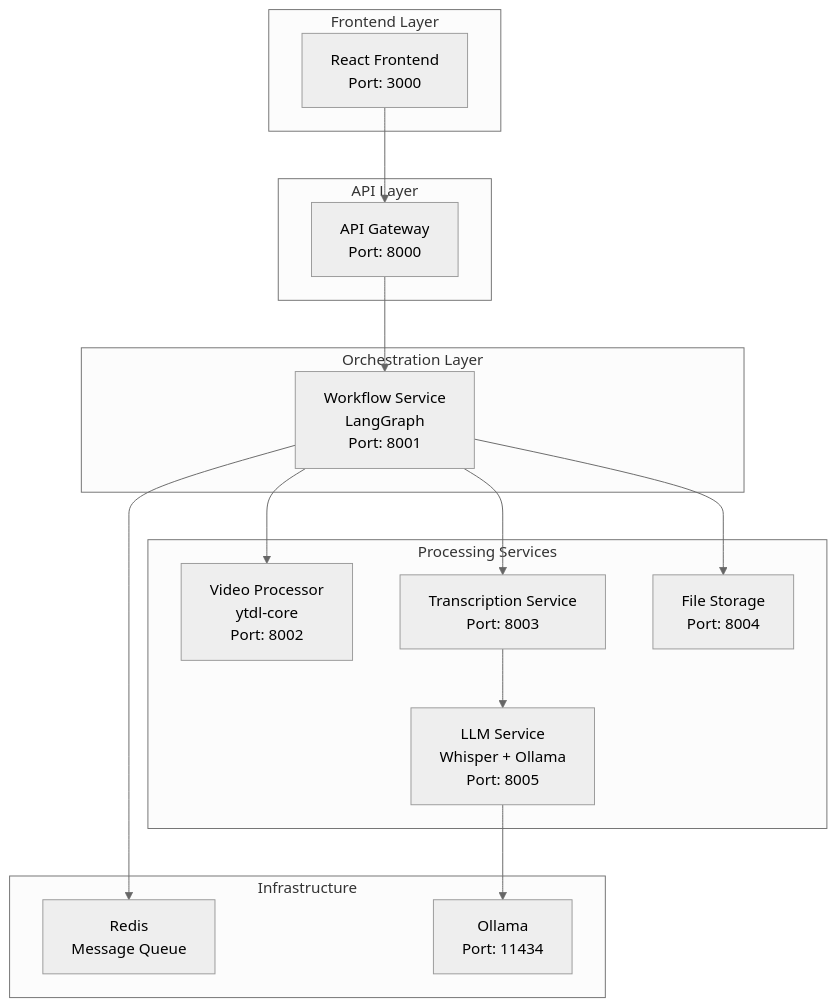
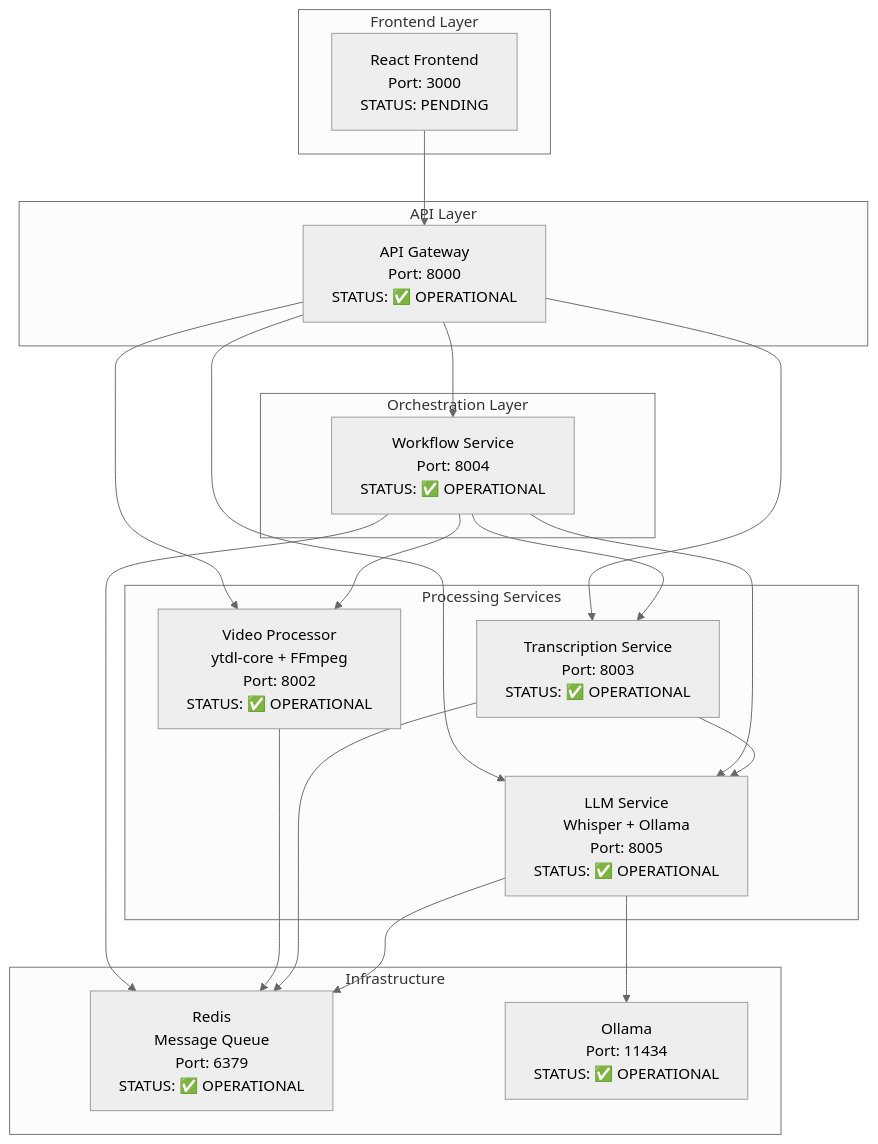
The diagram in memory-bank/architecture-plan.md (briancasteel/youtube-transcriber), drawn with Mermaid (neutral theme) before and after one commit. The commit also changed other lines of this file and 28 other files, not shown here.

````diff
--- a/memory-bank/architecture-plan.md
+++ b/memory-bank/architecture-plan.md
@@ -13,35 +13,40 @@
 ```mermaid
 graph TB
     subgraph "Frontend Layer"
-        FE[React Frontend<br/>Port: 3000]
+        FE[React Frontend<br/>Port: 3000<br/>STATUS: PENDING]
     end
     
     subgraph "API Layer"
-        GW[API Gateway<br/>Port: 8000]
+        GW[API Gateway<br/>Port: 8000<br/>STATUS: ✅ OPERATIONAL]
     end
     
     subgraph "Orchestration Layer"
-        WF[Workflow Service<br/>LangGraph<br/>Port: 8001]
+        WF[Workflow Service<br/>Port: 8004<br/>STATUS: ✅ OPERATIONAL]
     end
     
     subgraph "Processing Services"
-        VP[Video Processor<br/>ytdl-core<br/>Port: 8002]
-        TS[Transcription Service<br/>Port: 8003]
-        LLM[LLM Service<br/>Whisper + Ollama<br/>Port: 8005]
-        FS[File Storage<br/>Port: 8004]
+        VP[Video Processor<br/>ytdl-core + FFmpeg<br/>Port: 8002<br/>STATUS: ✅ OPERATIONAL]
+        TS[Transcription Service<br/>Port: 8003<br/>STATUS: ✅ OPERATIONAL]
+        LLM[LLM Service<br/>Whisper + Ollama<br/>Port: 8005<br/>STATUS: ✅ OPERATIONAL]
     end
     
     subgraph "Infrastructure"
-        RD[Redis<br/>Message Queue]
-        OL[Ollama<br/>Port: 11434]
+        RD[Redis<br/>Message Queue<br/>Port: 6379<br/>STATUS: ✅ OPERATIONAL]
+        OL[Ollama<br/>Port: 11434<br/>STATUS: ✅ OPERATIONAL]
     end
     
     FE --> GW
     GW --> WF
+    GW --> VP
+    GW --> TS
+    GW --> LLM
     WF --> VP
     WF --> TS
-    WF --> FS
+    WF --> LLM
     TS --> LLM
     LLM --> OL
     WF --> RD
+    VP --> RD
+    TS --> RD
+    LLM --> RD
 ```
````
